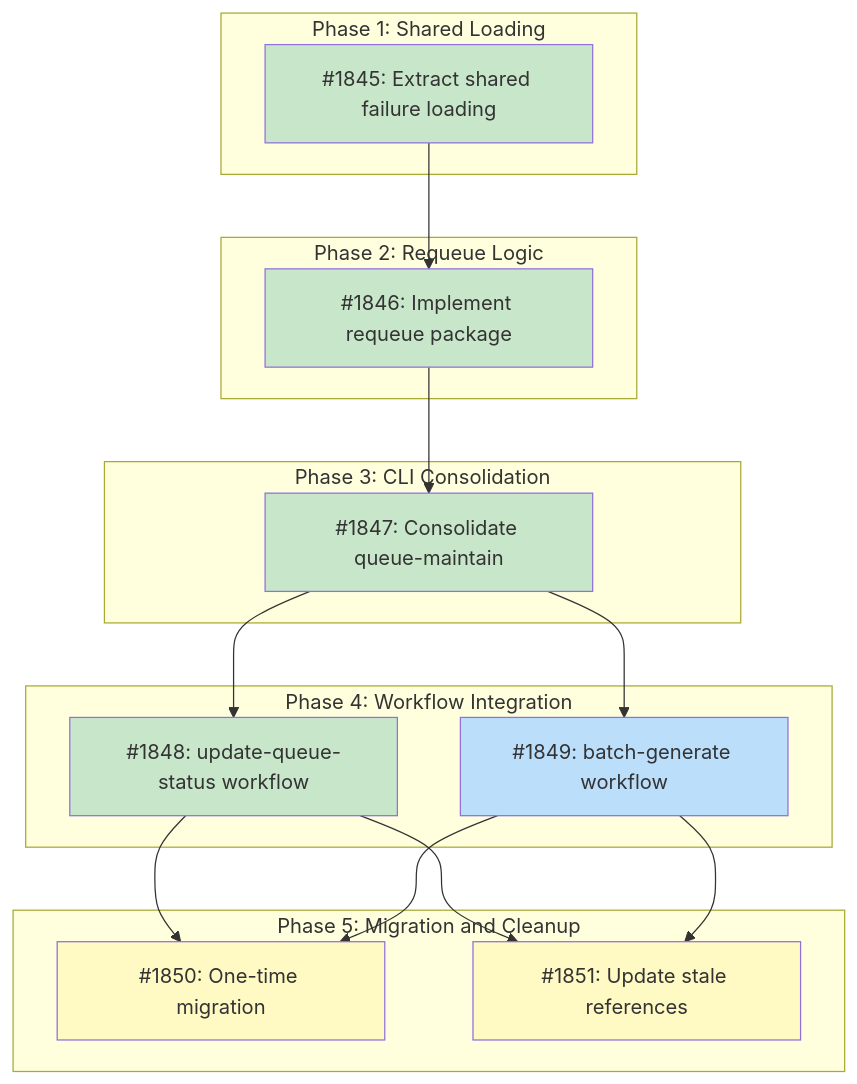
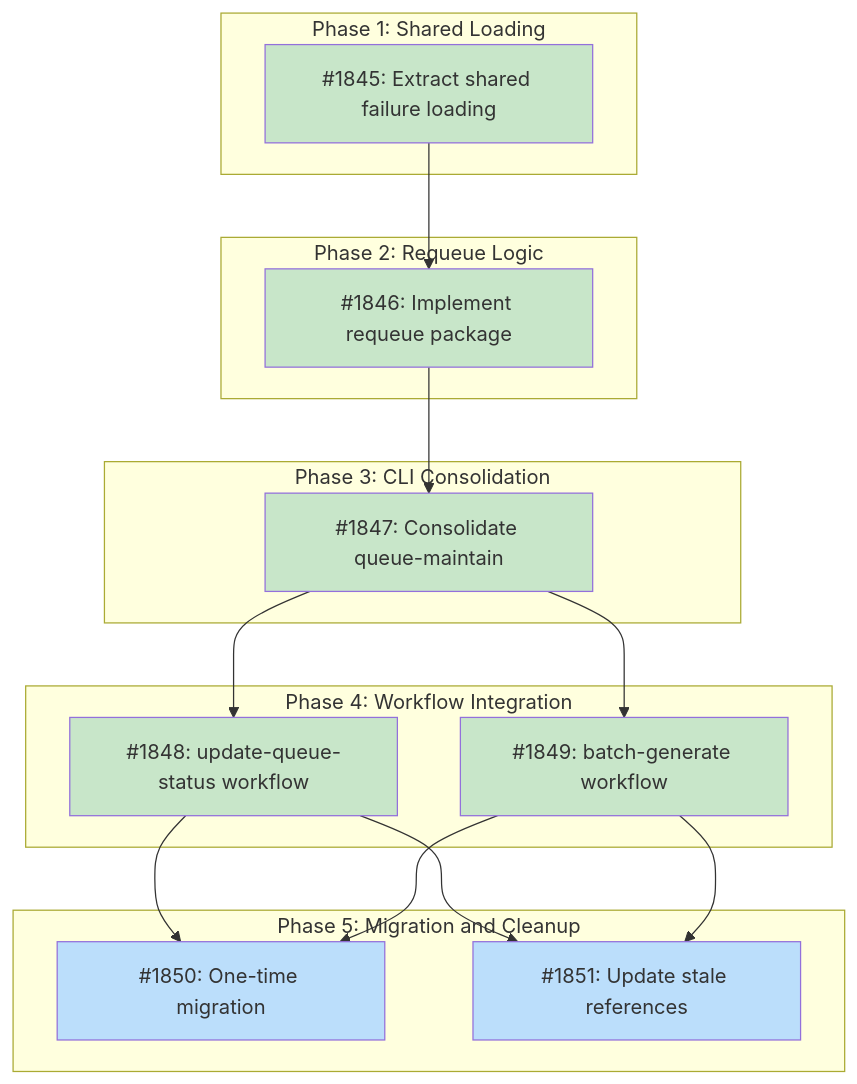
Before and after one commit to tsukumogami/tsuku: the diagram in docs/designs/DESIGN-requeue-on-recipe-merge.md, drawn with Mermaid. The commit also changed other lines of this file and 1 other file, not shown here.

Commit message:
chore: mark #1849 done, unblock #1850 and #1851

````diff
--- a/docs/designs/DESIGN-requeue-on-recipe-merge.md
+++ b/docs/designs/DESIGN-requeue-on-recipe-merge.md
@@ -63,44 +63,43 @@
 ```mermaid
 graph TD
     subgraph Phase1["Phase 1: Shared Loading"]
         I1845["#1845: Extract shared failure loading"]
     end
 
     subgraph Phase2["Phase 2: Requeue Logic"]
         I1846["#1846: Implement requeue package"]
     end
 
     subgraph Phase3["Phase 3: CLI Consolidation"]
         I1847["#1847: Consolidate queue-maintain"]
     end
 
     subgraph Phase4["Phase 4: Workflow Integration"]
         I1848["#1848: update-queue-status workflow"]
         I1849["#1849: batch-generate workflow"]
     end
 
     subgraph Phase5["Phase 5: Migration and Cleanup"]
         I1850["#1850: One-time migration"]
         I1851["#1851: Update stale references"]
     end
 
     I1845 --> I1846
     I1846 --> I1847
     I1847 --> I1848
     I1847 --> I1849
     I1848 --> I1850
     I1849 --> I1850
     I1848 --> I1851
     I1849 --> I1851
 
     classDef done fill:#c8e6c9
     classDef ready fill:#bbdefb
     classDef blocked fill:#fff9c4
     classDef needsDesign fill:#e1bee7
     classDef tracksDesign fill:#FFE0B2,stroke:#F57C00,color:#000
 
     class I1845 done
-    class I1846,I1847,I1848 done
-    class I1849 ready
-    class I1850,I1851 blocked
+    class I1846,I1847,I1848,I1849 done
+    class I1850,I1851 ready
 ```
````
